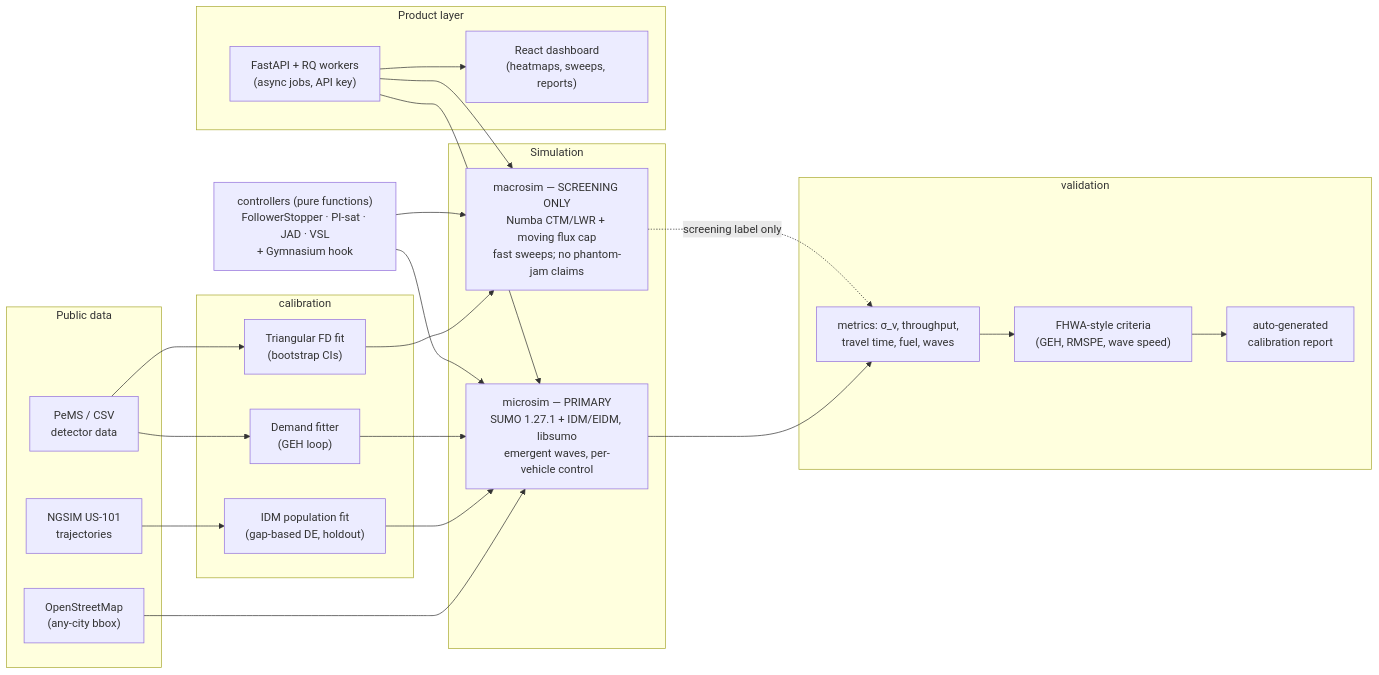
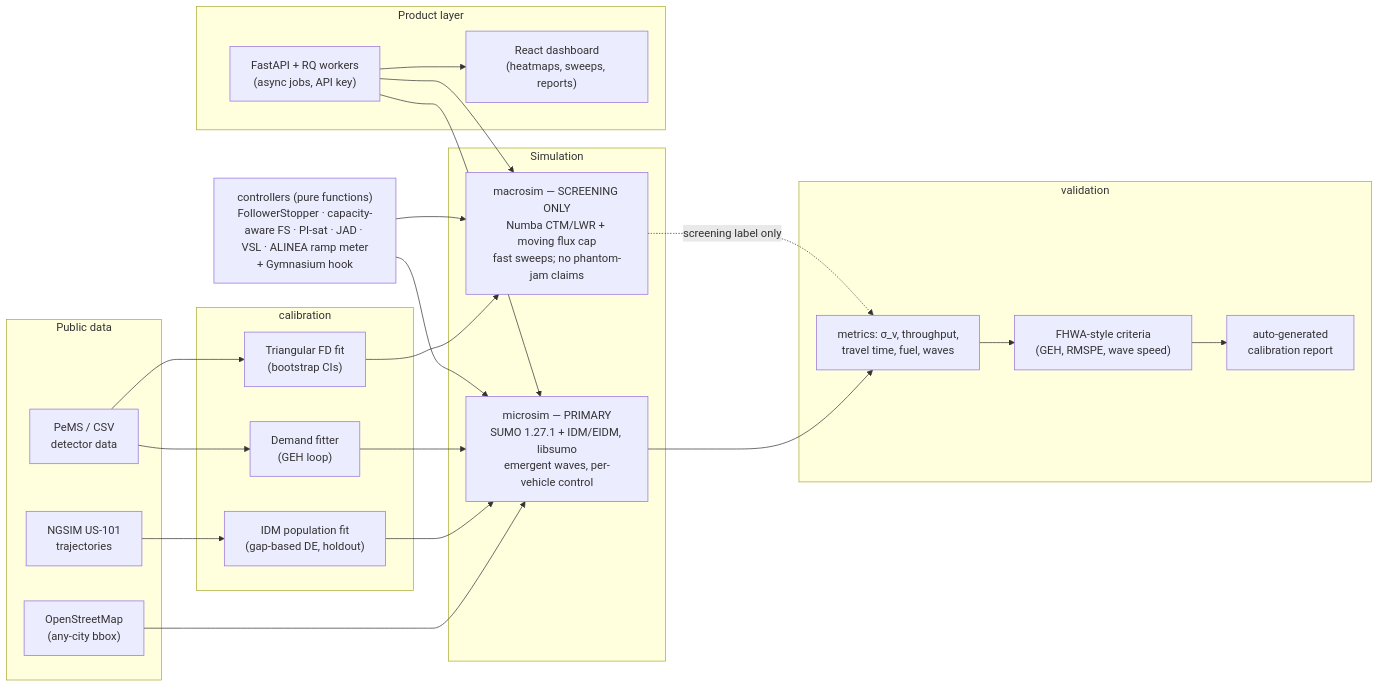
One commit to abc000cool/flowstate-v2 changed the diagram in README.md. Above: the diagram before and after it, drawn with Mermaid. The commit also changed 26 other files, not shown here.

````diff
--- a/README.md
+++ b/README.md
@@ -37,48 +37,48 @@
 ```mermaid
 flowchart LR
   subgraph DATA["Public data"]
     NGSIM["NGSIM US-101<br/>trajectories"]
     PEMS["PeMS / CSV<br/>detector data"]
     OSM["OpenStreetMap<br/>(any-city bbox)"]
   end
 
   subgraph CAL["calibration"]
     IDM["IDM population fit<br/>(gap-based DE, holdout)"]
     FD["Triangular FD fit<br/>(bootstrap CIs)"]
     DEM["Demand fitter<br/>(GEH loop)"]
   end
 
   subgraph SIM["Simulation"]
     MICRO["microsim — PRIMARY<br/>SUMO 1.27.1 + IDM/EIDM, libsumo<br/>emergent waves, per-vehicle control"]
     MACRO["macrosim — SCREENING ONLY<br/>Numba CTM/LWR + moving flux cap<br/>fast sweeps; no phantom-jam claims"]
   end
 
-  CTRL["controllers (pure functions)<br/>FollowerStopper · PI-sat · JAD · VSL<br/>+ Gymnasium hook"]
+  CTRL["controllers (pure functions)<br/>FollowerStopper · capacity-aware FS · PI-sat · JAD · VSL · ALINEA ramp meter<br/>+ Gymnasium hook"]
 
   subgraph VAL["validation"]
     MET["metrics: σ_v, throughput,<br/>travel time, fuel, waves"]
     CRIT["FHWA-style criteria<br/>(GEH, RMSPE, wave speed)"]
     REP["auto-generated<br/>calibration report"]
   end
 
   subgraph PROD["Product layer"]
     API["FastAPI + RQ workers<br/>(async jobs, API key)"]
     FE["React dashboard<br/>(heatmaps, sweeps, reports)"]
   end
 
   NGSIM --> IDM
   PEMS --> FD
   PEMS --> DEM
   OSM --> MICRO
   IDM --> MICRO
   FD --> MACRO
   DEM --> MICRO
   CTRL --> MICRO
   CTRL --> MACRO
   MICRO --> MET
   MACRO -. "screening label only" .-> MET
   MET --> CRIT --> REP
   API --> MICRO
   API --> MACRO
   API --> FE
 ```
````
